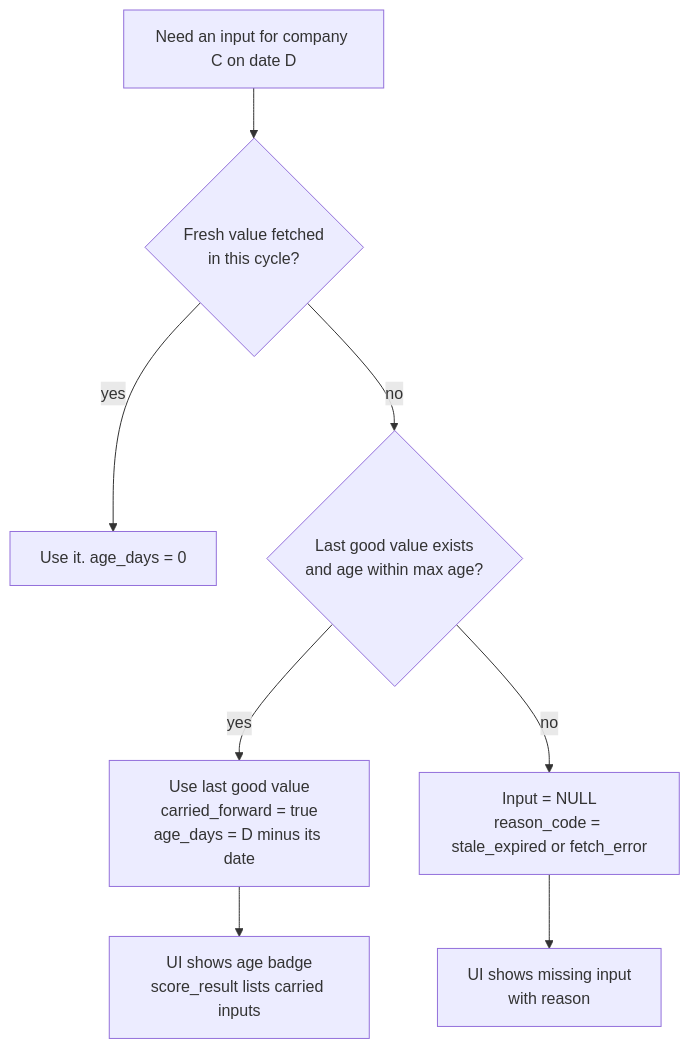
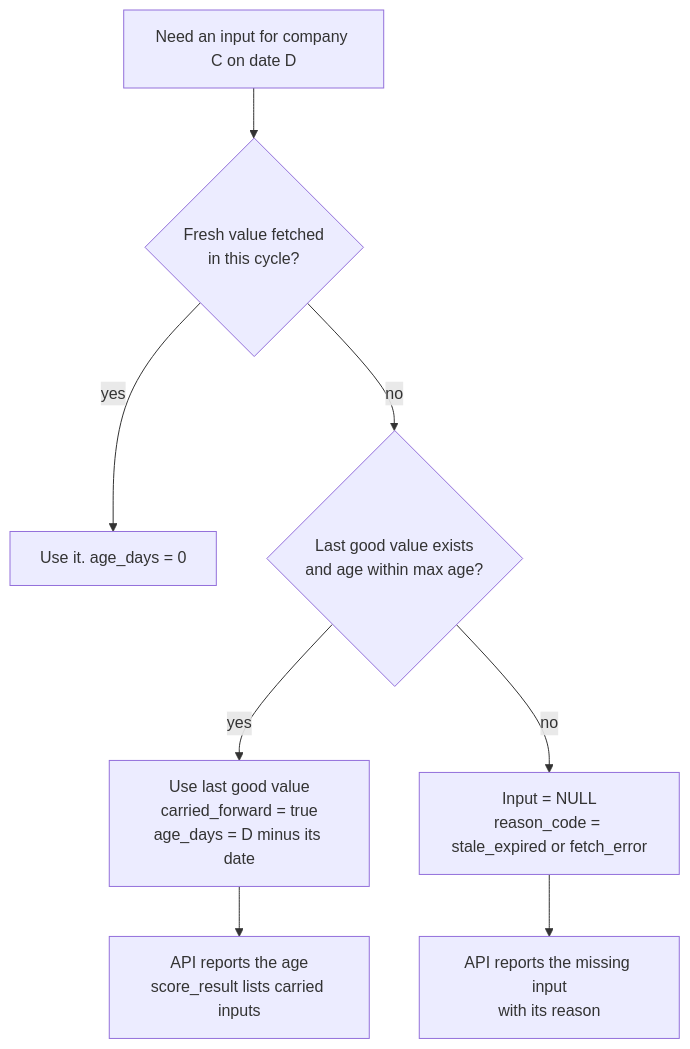
The fourth of 9 diagrams in docs/architecture-and-data-model.md (karenando11/bxnext-oxhouse), drawn with Mermaid before and after one commit. The commit also changed other lines of this file and 3 other files, not shown here.

````diff
--- a/docs/architecture-and-data-model.md
+++ b/docs/architecture-and-data-model.md
@@ -281,10 +283,10 @@
 ```mermaid
 flowchart TD
     X[Need an input for company C on date D] --> Q{Fresh value fetched<br/>in this cycle?}
     Q -- yes --> USE[Use it. age_days = 0]
     Q -- no --> L{Last good value exists<br/>and age within max age?}
     L -- yes --> CF[Use last good value<br/>carried_forward = true<br/>age_days = D minus its date]
     L -- no --> NUL[Input = NULL<br/>reason_code = stale_expired or fetch_error]
-    CF --> BADGE[UI shows age badge<br/>score_result lists carried inputs]
-    NUL --> BADGE2[UI shows missing input<br/>with reason]
+    CF --> BADGE[API reports the age<br/>score_result lists carried inputs]
+    NUL --> BADGE2[API reports the missing input<br/>with its reason]
 ```
````
